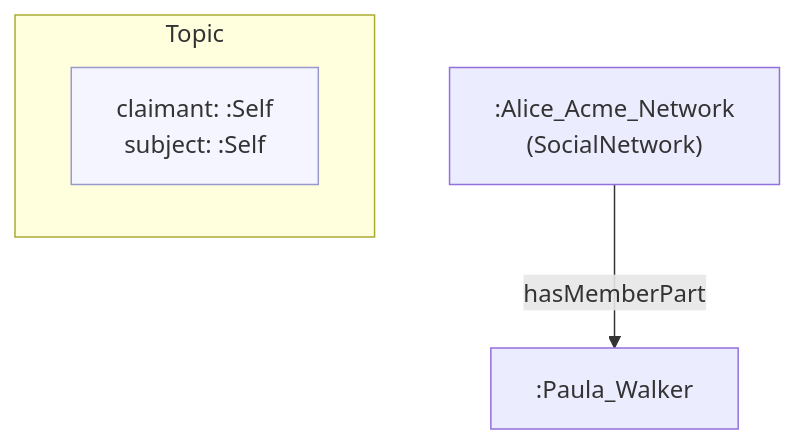
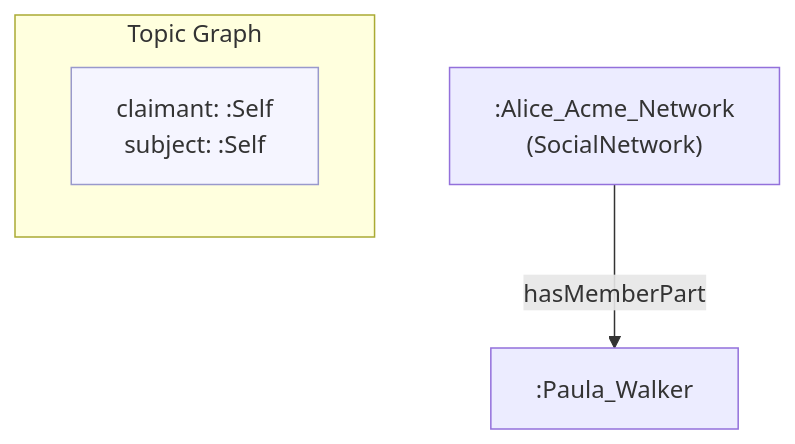
One commit to MeeFoundation/mia-ontologies changed the diagram in example/topics/images/self.self(Paula-Walker)(employee)(20).mmd. Above: the diagram before and after it, drawn with Mermaid. The commit also changed 65 other files, not shown here.

First line of the commit message:
Relabel per-topic diagram metadata box "Topic" -> "Topic Graph"

```diff
--- a/example/topics/images/self.self(Paula-Walker)(employee)(20).mmd
+++ b/example/topics/images/self.self(Paula-Walker)(employee)(20).mmd
@@ -1,16 +1,16 @@
 flowchart TD
     classDef person fill:#fffacd,stroke:#aaa,color:#333
     classDef grp    fill:#d4edda,stroke:#aaa,color:#333
     classDef org    fill:#cce5ff,stroke:#aaa,color:#333
     classDef lit    fill:none,stroke:none,font-style:italic,color:#2a7a2a
     classDef meta   fill:#f5f5ff,stroke:#9999cc,color:#333
 
-    subgraph ctx["Topic"]
+    subgraph ctx["Topic Graph"]
         direction LR
         ctx_meta["claimant: :Self\nsubject: :Self"]:::meta
     end
 
     n2ed3865285b0[":Alice_Acme_Network\n(SocialNetwork)"]
     nb654756d5ced[":Paula_Walker"]
 
     n2ed3865285b0 -->|"hasMemberPart"| nb654756d5ced
```
